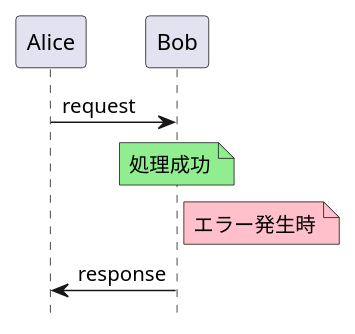
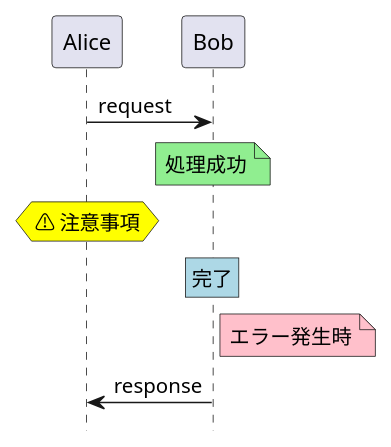
One commit to yoshiwo3/PlantUML2_Opus4.5 changed diagram 19 of 27 in docs/evidence/20251224_1955_ui_design_login/wireframes/04_editor/05_sequence_diagram_spec.md. Above: the diagram before and after it, drawn with PlantUML. The commit also changed other lines of this file, not shown here.

First line of the commit message:
docs: シーケンス図仕様書 v3.44 - return追加・方式I修正

````diff
--- a/docs/evidence/20251224_1955_ui_design_login/wireframes/04_editor/05_sequence_diagram_spec.md
+++ b/docs/evidence/20251224_1955_ui_design_login/wireframes/04_editor/05_sequence_diagram_spec.md
@@ -2971,12 +3210,14 @@
 ```plantuml
 @startuml
 hide footbox
 participant Alice
 participant Bob
 
 Alice -> Bob: request
 note over Bob #lightgreen: 処理成功
+hnote over Alice #yellow: ⚠ 注意事項
+rnote over Bob #lightblue: 完了
 note right of Bob #pink: エラー発生時
 Bob -> Alice: response
 @enduml
 ```
````
